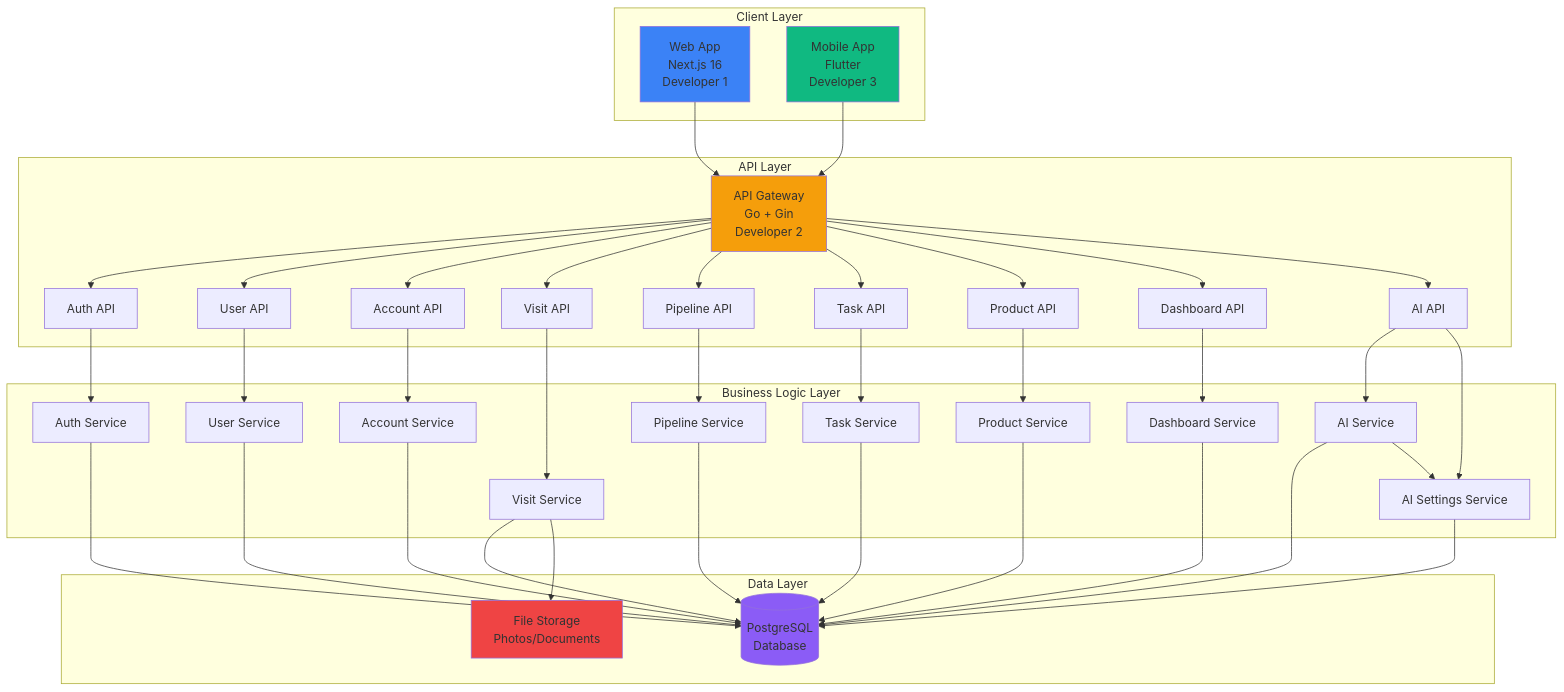
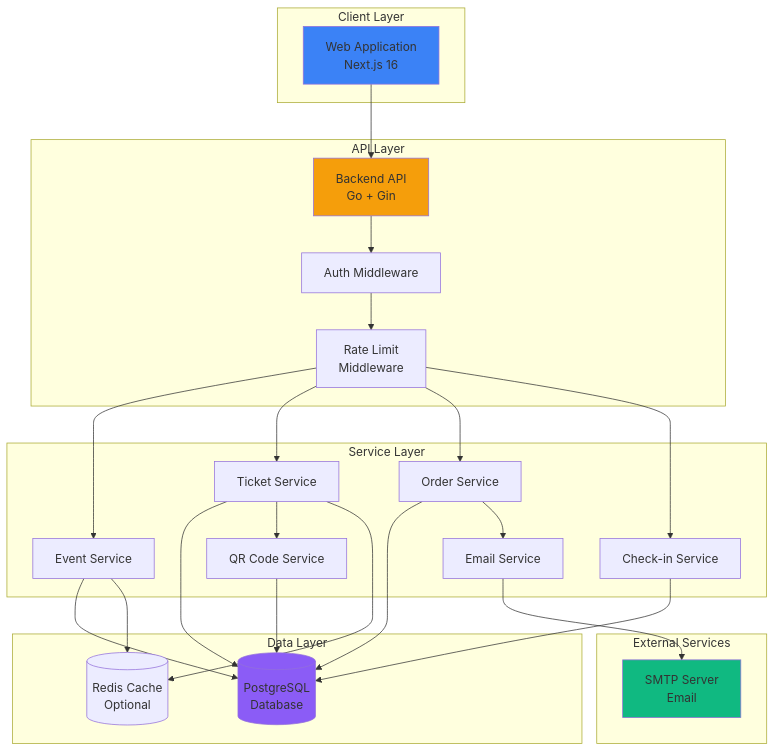
The tenth of 13 diagrams in docs/PROJECT_DIAGRAMS.md (Gilabs-Studio/webapp-ticket-konser), drawn with Mermaid before and after one commit. The commit also changed other lines of this file and 8 other files, not shown here.

````diff
--- a/docs/PROJECT_DIAGRAMS.md
+++ b/docs/PROJECT_DIAGRAMS.md
@@ -591,81 +434,57 @@
 ```mermaid
 graph TB
     subgraph "Client Layer"
-        WEB_APP[Web App<br/>Next.js 16<br/>Developer 1]
-        MOBILE_APP[Mobile App<br/>Flutter<br/>Developer 3]
+        WEB[Web Application<br/>Next.js 16]
     end
     
     subgraph "API Layer"
-        API_GATEWAY[API Gateway<br/>Go + Gin<br/>Developer 2]
-        AUTH_API[Auth API]
-        USER_API[User API]
-        ACCOUNT_API[Account API]
-        VISIT_API[Visit API]
-        PIPELINE_API[Pipeline API]
-        TASK_API[Task API]
-        PRODUCT_API[Product API]
-        DASHBOARD_API[Dashboard API]
-        AI_API[AI API]
+        API[Backend API<br/>Go + Gin]
+        AUTH_MW[Auth Middleware]
+        RATE_LIMIT[Rate Limit<br/>Middleware]
     end
     
-    subgraph "Business Logic Layer"
-        AUTH_SVC[Auth Service]
-        USER_SVC[User Service]
-        ACCOUNT_SVC[Account Service]
-        VISIT_SVC[Visit Service]
-        PIPELINE_SVC[Pipeline Service]
-        TASK_SVC[Task Service]
-        PRODUCT_SVC[Product Service]
-        DASHBOARD_SVC[Dashboard Service]
-        AI_SVC[AI Service]
-        AI_SETTINGS_SVC[AI Settings Service]
+    subgraph "Service Layer"
+        EVENT_SVC[Event Service]
+        TICKET_SVC[Ticket Service]
+        ORDER_SVC[Order Service]
+        CHECKIN_SVC[Check-in Service]
+        EMAIL_SVC[Email Service]
+        QR_SVC[QR Code Service]
     end
     
     subgraph "Data Layer"
         DB[(PostgreSQL<br/>Database)]
-        FILE_STORAGE[File Storage<br/>Photos/Documents]
+        CACHE[(Redis Cache<br/>Optional)]
     end
     
-    WEB_APP --> API_GATEWAY
-    MOBILE_APP --> API_GATEWAY
+    subgraph "External Services"
+        SMTP[SMTP Server<br/>Email]
+    end
     
-    API_GATEWAY --> AUTH_API
-    API_GATEWAY --> USER_API
-    API_GATEWAY --> ACCOUNT_API
-    API_GATEWAY --> VISIT_API
-    API_GATEWAY --> PIPELINE_API
-    API_GATEWAY --> TASK_API
-    API_GATEWAY --> PRODUCT_API
-    API_GATEWAY --> DASHBOARD_API
-    API_GATEWAY --> AI_API
+    WEB --> API
+    API --> AUTH_MW
+    AUTH_MW --> RATE_LIMIT
+    RATE_LIMIT --> EVENT_SVC
+    RATE_LIMIT --> TICKET_SVC
+    RATE_LIMIT --> ORDER_SVC
+    RATE_LIMIT --> CHECKIN_SVC
     
-    AUTH_API --> AUTH_SVC
-    USER_API --> USER_SVC
-    ACCOUNT_API --> ACCOUNT_SVC
-    VISIT_API --> VISIT_SVC
-    PIPELINE_API --> PIPELINE_SVC
-    TASK_API --> TASK_SVC
-    PRODUCT_API --> PRODUCT_SVC
-    DASHBOARD_API --> DASHBOARD_SVC
-    AI_API --> AI_SVC
-    AI_API --> AI_SETTINGS_SVC
+    EVENT_SVC --> DB
+    TICKET_SVC --> DB
+    ORDER_SVC --> DB
+    CHECKIN_SVC --> DB
     
-    AUTH_SVC --> DB
-    USER_SVC --> DB
-    ACCOUNT_SVC --> DB
-    VISIT_SVC --> DB
-    VISIT_SVC --> FILE_STORAGE
-    PIPELINE_SVC --> DB
-    TASK_SVC --> DB
-    PRODUCT_SVC --> DB
-    DASHBOARD_SVC --> DB
-    AI_SVC --> DB
-    AI_SETTINGS_SVC --> DB
-    AI_SVC --> AI_SETTINGS_SVC
+    ORDER_SVC --> EMAIL_SVC
+    EMAIL_SVC --> SMTP
     
-    style WEB_APP fill:#3b82f6
-    style MOBILE_APP fill:#10b981
-    style API_GATEWAY fill:#f59e0b
+    TICKET_SVC --> QR_SVC
+    QR_SVC --> DB
+    
+    EVENT_SVC --> CACHE
+    TICKET_SVC --> CACHE
+    
+    style WEB fill:#3b82f6
+    style API fill:#f59e0b
     style DB fill:#8b5cf6
-    style FILE_STORAGE fill:#ef4444
+    style SMTP fill:#10b981
 ```
````
